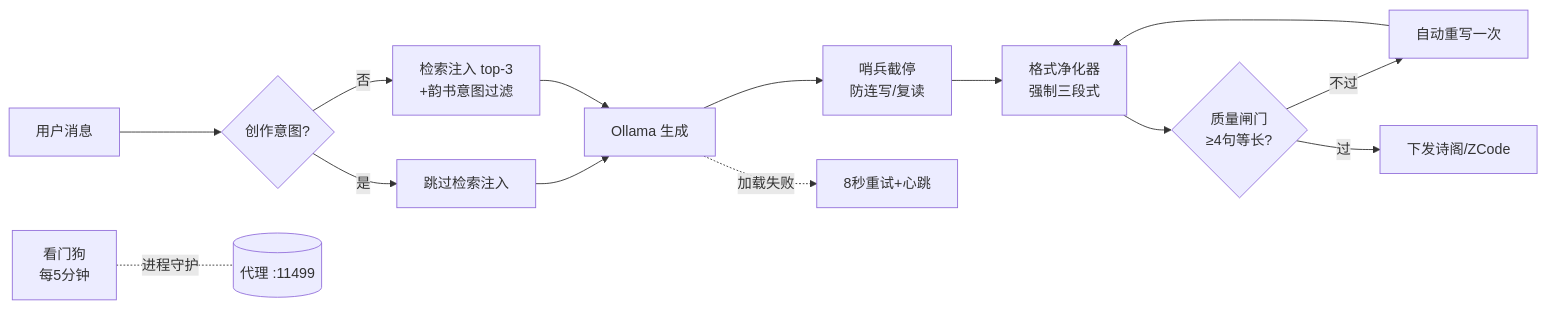
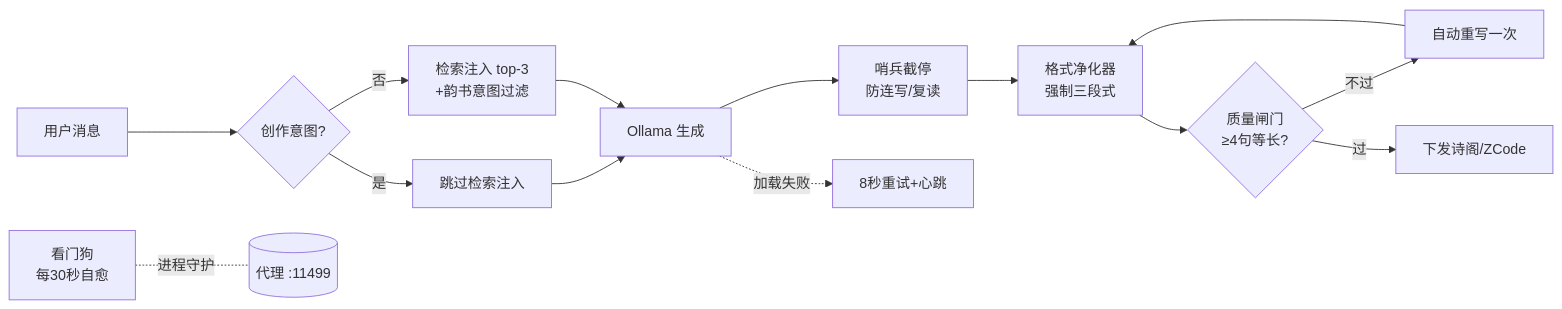
Before and after one commit to qzhi22603-code/poetry-ai: the second of 2 diagrams in 迭代图谱.md, drawn with Mermaid. The commit also changed other lines of this file and 4 other files, not shown here.

Commit message:
v2.1 postmortem: watchdog for RAG proxy, iteration graph update, Modelfile, blind-test repro script

````diff
--- a/迭代图谱.md
+++ b/迭代图谱.md
@@ -72,16 +84,16 @@
 ```mermaid
 flowchart LR
     A[用户消息] --> B{创作意图?}
     B -- 是 --> C[跳过检索注入]
     B -- 否 --> D[检索注入 top-3<br/>+韵书意图过滤]
     C --> E[Ollama 生成]
     D --> E
     E --> F[哨兵截停<br/>防连写/复读]
     F --> G[格式净化器<br/>强制三段式]
     G --> H{质量闸门<br/>≥4句等长?}
     H -- 不过 --> I[自动重写一次]
     I --> G
     H -- 过 --> J[下发诗阁/ZCode]
     E -.加载失败.-> K[8秒重试+心跳]
-    M[看门狗<br/>每5分钟] -.进程守护.- N[(代理 :11499)]
+    M[看门狗<br/>每30秒自愈] -.进程守护.- N[(代理 :11499)]
 ```
````
